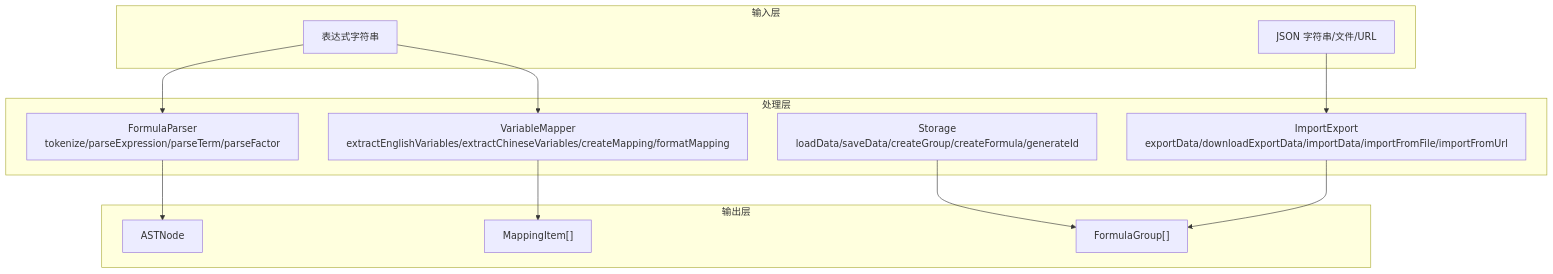
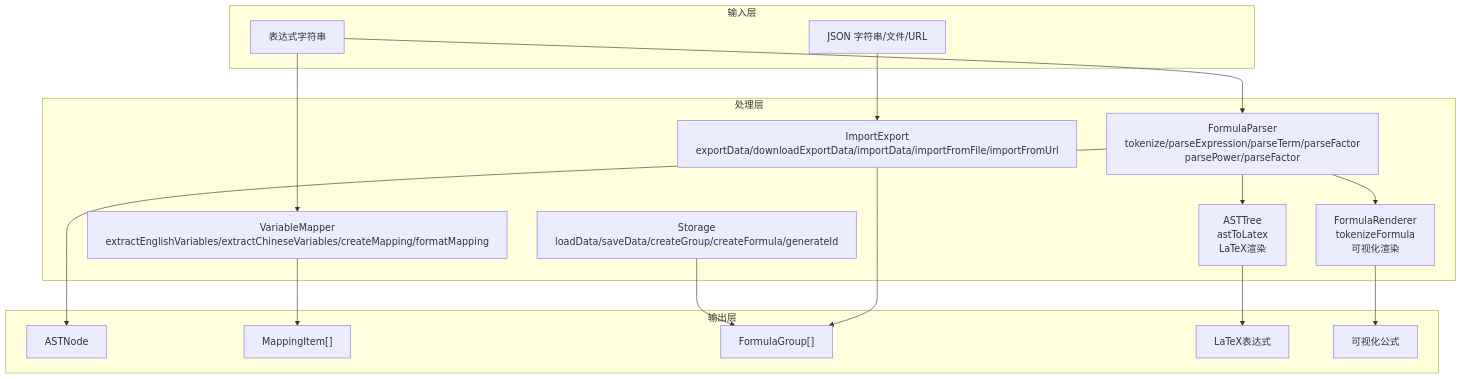
One commit to steveyu2/formula-mapper changed the second of 6 diagrams in .qoder/repowiki/zh/content/开发者指南/核心模块实现/工具函数库.md. Above: the diagram before and after it, drawn with Mermaid. The commit also changed other lines of this file and 10 other files, not shown here.

````diff
--- a/.qoder/repowiki/zh/content/开发者指南/核心模块实现/工具函数库.md
+++ b/.qoder/repowiki/zh/content/开发者指南/核心模块实现/工具函数库.md
@@ -81,25 +100,33 @@
 ```mermaid
 graph TB
 subgraph "输入层"
 F["表达式字符串"]
 J["JSON 字符串/文件/URL"]
 end
 subgraph "处理层"
-TP["FormulaParser<br/>tokenize/parseExpression/parseTerm/parseFactor"]
+TP["FormulaParser<br/>tokenize/parseExpression/parseTerm/parseFactor<br/>parsePower/parseFactor"]
 VM["VariableMapper<br/>extractEnglishVariables/extractChineseVariables/createMapping/formatMapping"]
 ST["Storage<br/>loadData/saveData/createGroup/createFormula/generateId"]
 IE["ImportExport<br/>exportData/downloadExportData/importData/importFromFile/importFromUrl"]
+AT["ASTTree<br/>astToLatex<br/>LaTeX渲染"]
+FR["FormulaRenderer<br/>tokenizeFormula<br/>可视化渲染"]
 end
 subgraph "输出层"
 AST["ASTNode"]
 MAP["MappingItem[]"]
 DATA["FormulaGroup[]"]
+LATEX["LaTeX表达式"]
+VISUAL["可视化公式"]
 end
 F --> TP
 F --> VM
 J --> IE
 TP --> AST
 VM --> MAP
 ST --> DATA
 IE --> DATA
+TP --> AT
+TP --> FR
+AT --> LATEX
+FR --> VISUAL
 ```
````
